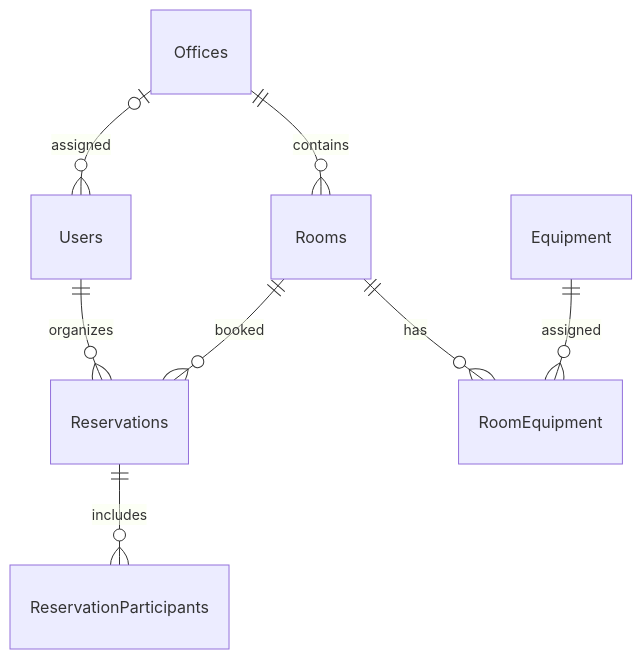
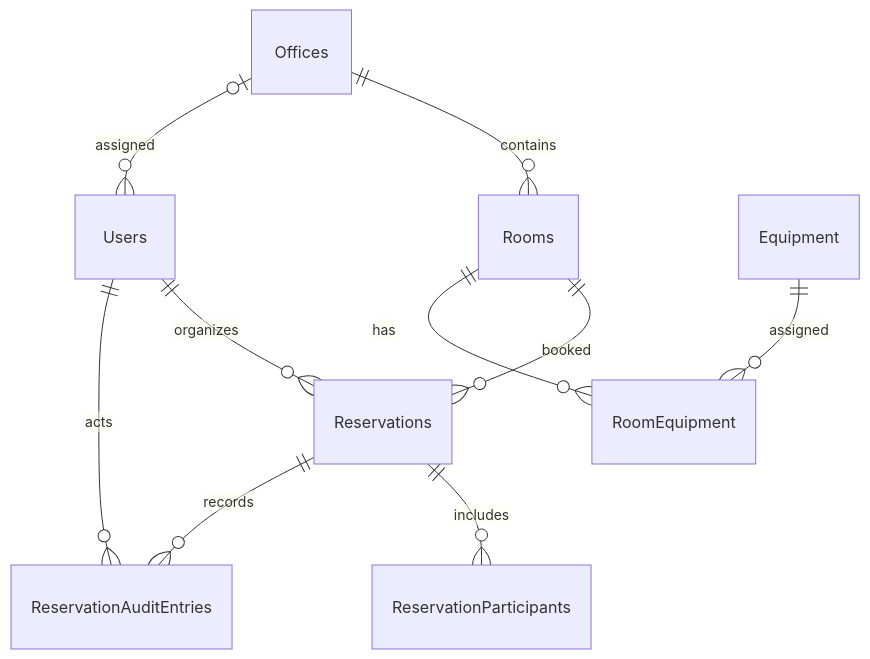
Before and after one commit to furkanaslan2/meeting-room-booking: the diagram in README.md, drawn with Mermaid. The commit also changed other lines of this file, not shown here.

Commit message:
docs: describe reservation audit history

````diff
--- a/README.md
+++ b/README.md
@@ -42,10 +42,12 @@
 ```mermaid
 erDiagram
     Offices ||--o{ Rooms : contains
     Offices |o--o{ Users : assigned
     Users ||--o{ Reservations : organizes
     Rooms ||--o{ Reservations : booked
     Rooms ||--o{ RoomEquipment : has
     Equipment ||--o{ RoomEquipment : assigned
     Reservations ||--o{ ReservationParticipants : includes
+    Reservations ||--o{ ReservationAuditEntries : records
+    Users ||--o{ ReservationAuditEntries : acts
 ```
````
